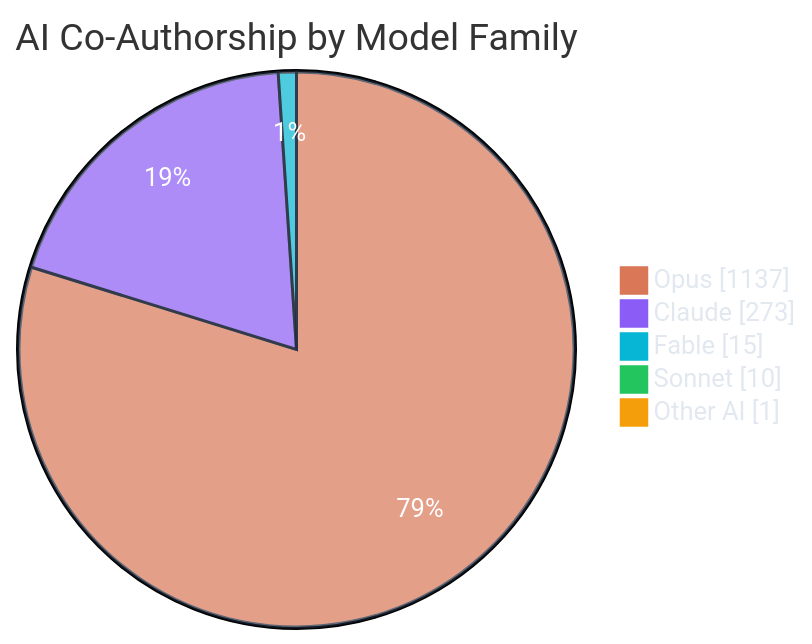
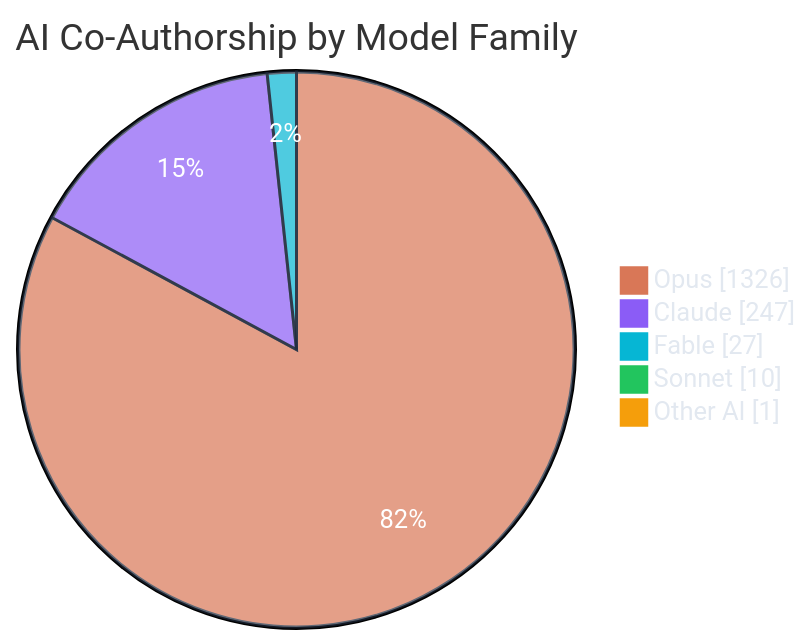
Before and after one commit to polo-nyan/polo-nyan: the third of 7 diagrams in README.md, drawn with Mermaid. The commit also changed other lines of this file and 1 other file, not shown here.

````diff
--- a/README.md
+++ b/README.md
@@ -279,10 +279,10 @@
 ```mermaid
 %%{init: {"theme": "base", "themeVariables": { "pie1": "#d97757", "pie2": "#8b5cf6", "pie3": "#06b6d4", "pie4": "#22c55e", "pie5": "#f59e0b", "pie6": "#ec4899", "pieTextColor": "#ffffff", "pieLegendTextColor": "#e2e8f0", "pieSectionTextColor": "#ffffff", "pieStrokeColor": "#1e293b" }}}%%
 pie showData
     title AI Co-Authorship by Model Family
-    "Opus" : 1137
-    "Claude" : 273
-    "Fable" : 15
+    "Opus" : 1326
+    "Claude" : 247
+    "Fable" : 27
     "Sonnet" : 10
     "Other AI" : 1
 ```
````
